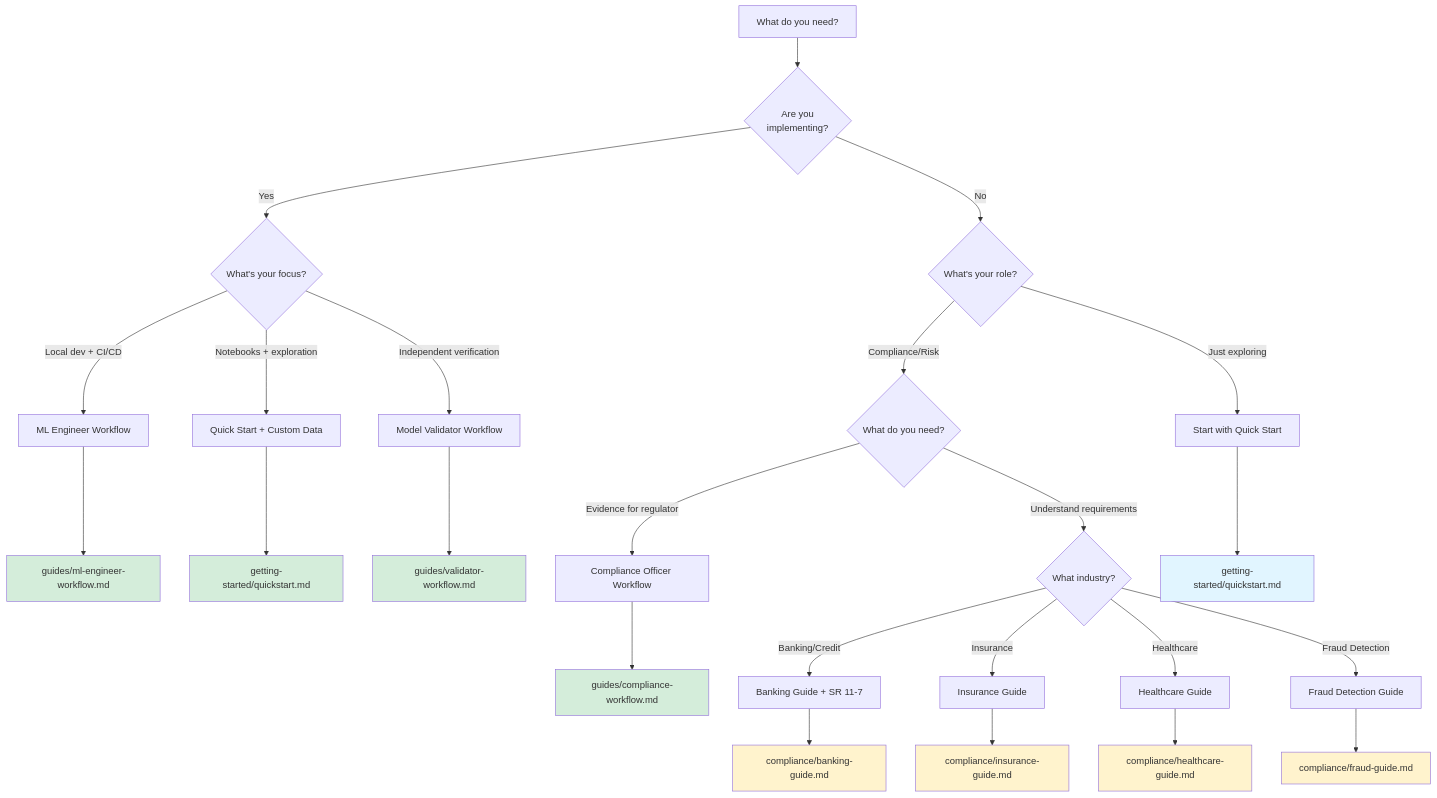
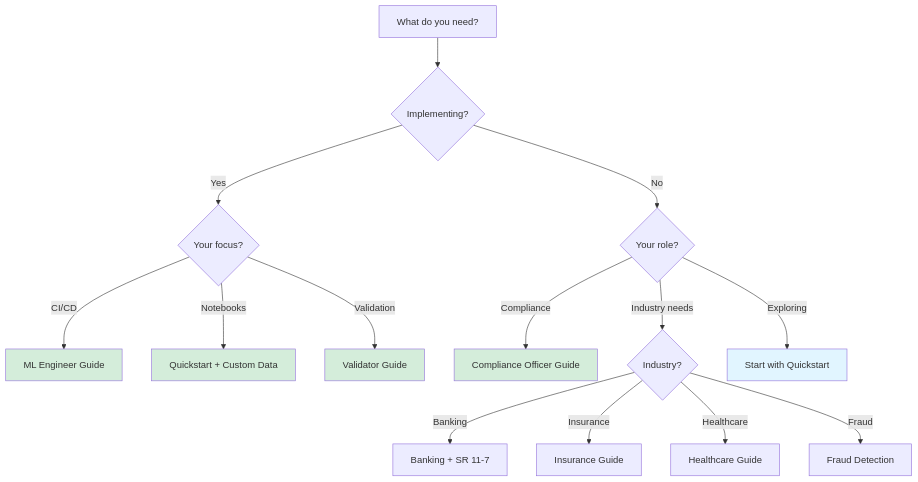
The diagram in site/docs/getting-started/overview.md (asibic/glassalpha), drawn with Mermaid before and after one commit. The commit also changed 14 other files, not shown here.

````diff
--- a/site/docs/getting-started/overview.md
+++ b/site/docs/getting-started/overview.md
@@ -5,39 +5,26 @@
 ```mermaid
-graph TD
-    Start[What do you need?] --> Dev{Are you<br/>implementing?}
-    Dev -->|Yes| DevType{What's your focus?}
-    DevType -->|Local dev + CI/CD| MLEng[ML Engineer Workflow]
-    DevType -->|Notebooks + exploration| DataSci[Quick Start + Custom Data]
-    DevType -->|Independent verification| Validator[Model Validator Workflow]
+graph TB
+    Start[What do you need?]
+    Start --> Dev{Implementing?}
 
-    Dev -->|No| Role{What's your role?}
-    Role -->|Compliance/Risk| CompType{What do you need?}
-    CompType -->|Evidence for regulator| CompOff[Compliance Officer Workflow]
-    CompType -->|Understand requirements| Industry{What industry?}
-    Industry -->|Banking/Credit| Banking[Banking Guide + SR 11-7]
+    Dev -->|Yes| DevType{Your focus?}
+    DevType -->|CI/CD| MLEng[ML Engineer Guide]
+    DevType -->|Notebooks| DataSci[Quickstart + Custom Data]
+    DevType -->|Validation| Validator[Validator Guide]
+
+    Dev -->|No| Role{Your role?}
+    Role -->|Compliance| CompOff[Compliance Officer Guide]
+    Role -->|Industry needs| Industry{Industry?}
+    Industry -->|Banking| Banking[Banking + SR 11-7]
     Industry -->|Insurance| Insurance[Insurance Guide]
     Industry -->|Healthcare| Healthcare[Healthcare Guide]
-    Industry -->|Fraud Detection| Fraud[Fraud Detection Guide]
+    Industry -->|Fraud| Fraud[Fraud Detection]
 
-    Role -->|Just exploring| Explore[Start with Quick Start]
+    Role -->|Exploring| Explore[Start with Quickstart]
 
-    MLEng --> MLEngLink[guides/ml-engineer-workflow.md]
-    DataSci --> DataSciLink[getting-started/quickstart.md]
-    Validator --> ValidatorLink[guides/validator-workflow.md]
-    CompOff --> CompOffLink[guides/compliance-workflow.md]
-    Banking --> BankingLink[compliance/banking-guide.md]
-    Insurance --> InsuranceLink[compliance/insurance-guide.md]
-    Healthcare --> HealthcareLink[compliance/healthcare-guide.md]
-    Fraud --> FraudLink[compliance/fraud-guide.md]
-    Explore --> ExploreLink[getting-started/quickstart.md]
-
-    style MLEngLink fill:#d4edda
-    style DataSciLink fill:#d4edda
-    style ValidatorLink fill:#d4edda
-    style CompOffLink fill:#d4edda
-    style BankingLink fill:#fff3cd
-    style InsuranceLink fill:#fff3cd
-    style HealthcareLink fill:#fff3cd
-    style FraudLink fill:#fff3cd
-    style ExploreLink fill:#e1f5ff
+    style MLEng fill:#d4edda
+    style DataSci fill:#d4edda
+    style Validator fill:#d4edda
+    style CompOff fill:#d4edda
+    style Explore fill:#e1f5ff
 ```
````
